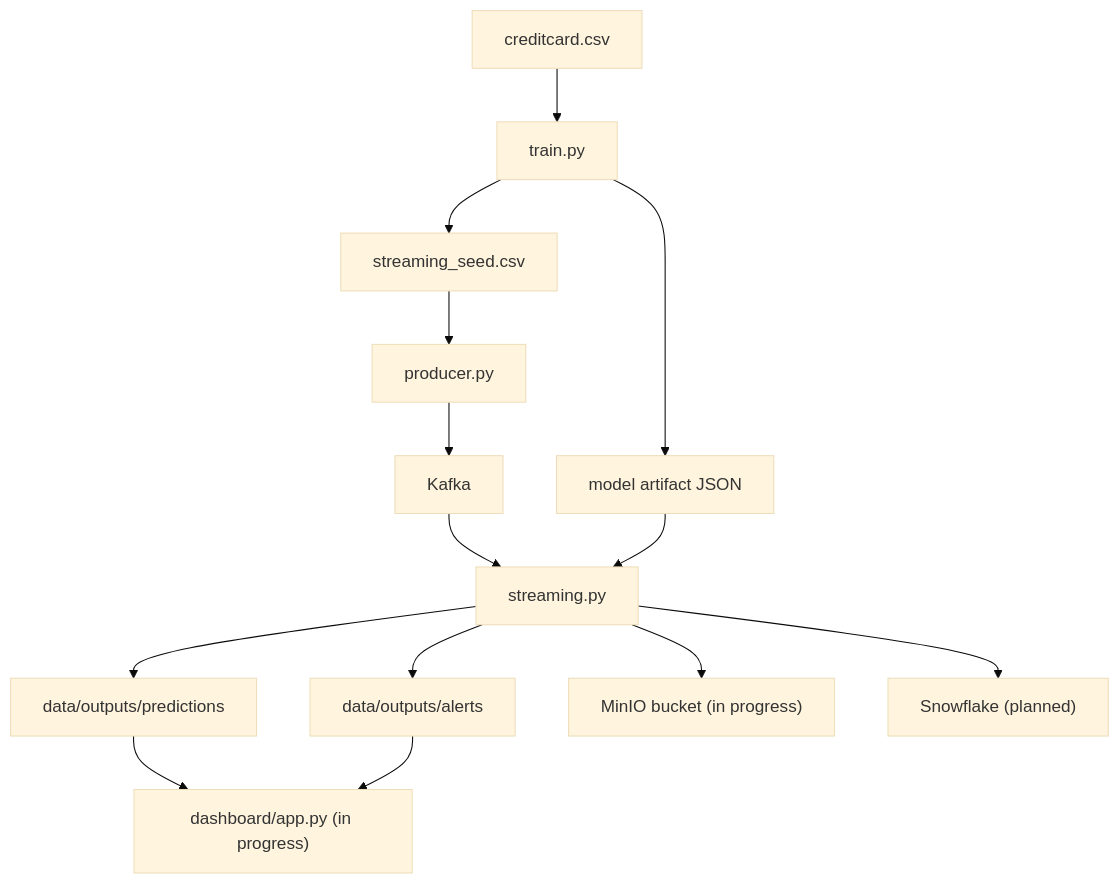
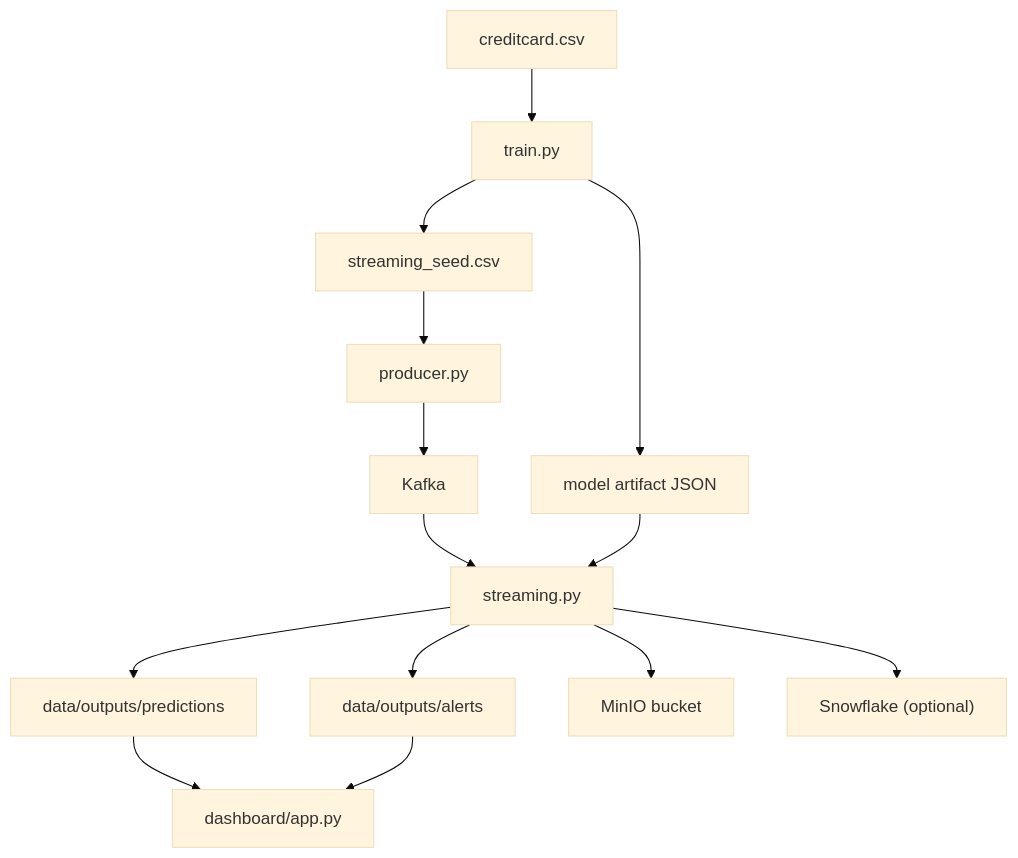
The diagram in docs/architecture.md (hemanth4646k/fraud-detection-bda), drawn with Mermaid (base theme) before and after one commit. The commit also changed other lines of this file and 1 other file, not shown here.

Commit message:
docs: finalize architecture notes and full project README for production release

````diff
--- a/docs/architecture.md
+++ b/docs/architecture.md
@@ -5,16 +5,16 @@
 ```mermaid
 flowchart TD
     A["creditcard.csv"] --> B["train.py"]
     B --> C["model artifact JSON"]
     B --> D["streaming_seed.csv"]
     D --> E["producer.py"]
     E --> F["Kafka"]
     F --> G["streaming.py"]
     C --> G
     G --> H["data/outputs/predictions"]
     G --> I["data/outputs/alerts"]
-    G --> J["MinIO bucket (in progress)"]
-    G --> K["Snowflake (planned)"]
-    H --> L["dashboard/app.py (in progress)"]
+    G --> J["MinIO bucket"]
+    G --> K["Snowflake (optional)"]
+    H --> L["dashboard/app.py"]
     I --> L
 ```
````
